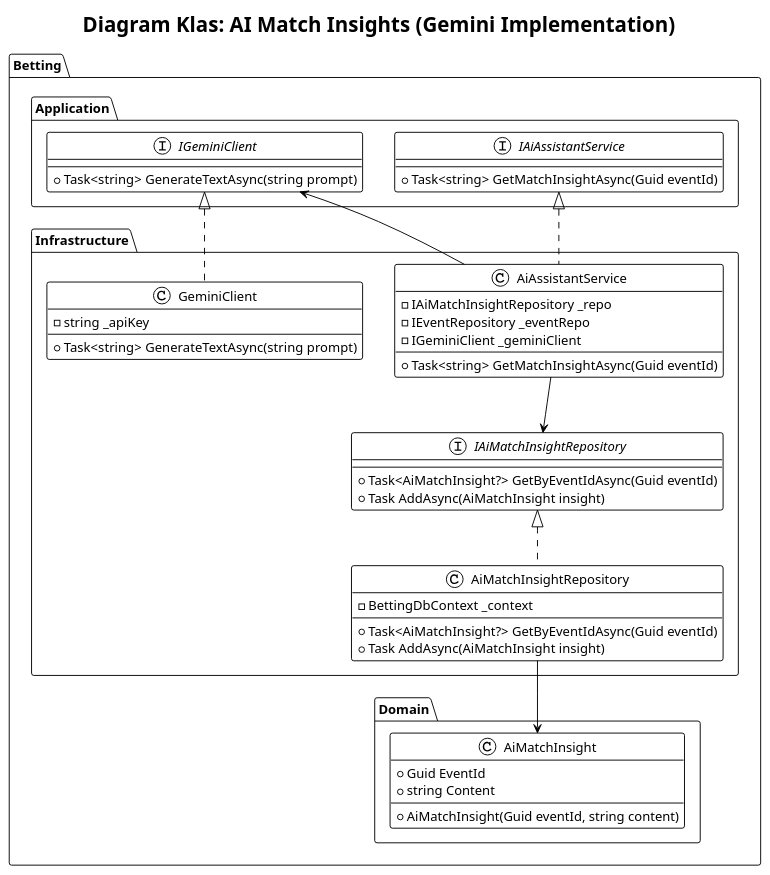
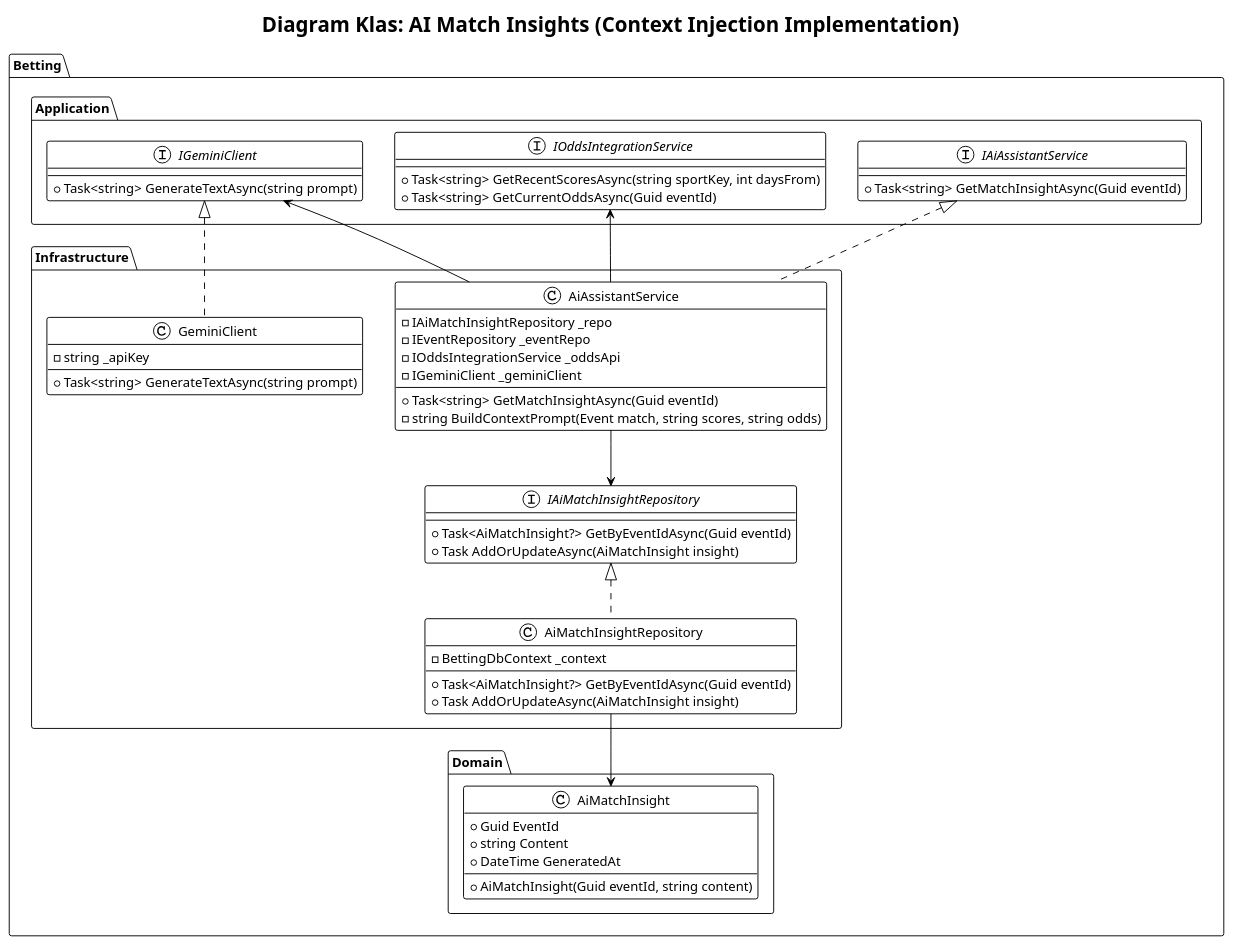
One commit to GrzegorzPolewczak/67Bet changed the diagram in docs/ai_match_insights_classes.puml. Above: the diagram before and after it, drawn with PlantUML. The commit also changed 22 other files, not shown here.

Commit message:
uprawnienie ai match insights próba 1

```diff
--- a/docs/ai_match_insights_classes.puml
+++ b/docs/ai_match_insights_classes.puml
@@ -1,55 +1,64 @@
 @startuml AI_Match_Insights_Classes
 !theme plain
-title Diagram Klas: AI Match Insights (Gemini Implementation)
+title Diagram Klas: AI Match Insights (Context Injection Implementation)
 
 package "Betting.Domain" {
     class AiMatchInsight {
         +Guid EventId
         +string Content
+        +DateTime GeneratedAt
         +AiMatchInsight(Guid eventId, string content)
     }
 }
 
 package "Betting.Application" {
     interface IAiAssistantService {
         +Task<string> GetMatchInsightAsync(Guid eventId)
     }
 
     interface IGeminiClient {
         +Task<string> GenerateTextAsync(string prompt)
     }
+    
+    interface IOddsIntegrationService {
+        +Task<string> GetRecentScoresAsync(string sportKey, int daysFrom)
+        +Task<string> GetCurrentOddsAsync(Guid eventId)
+    }
 }
 
 package "Betting.Infrastructure" {
     interface IAiMatchInsightRepository {
         +Task<AiMatchInsight?> GetByEventIdAsync(Guid eventId)
-        +Task AddAsync(AiMatchInsight insight)
+        +Task AddOrUpdateAsync(AiMatchInsight insight)
     }
 
     class AiAssistantService {
         -IAiMatchInsightRepository _repo
         -IEventRepository _eventRepo
+        -IOddsIntegrationService _oddsApi
         -IGeminiClient _geminiClient
         +Task<string> GetMatchInsightAsync(Guid eventId)
+        -string BuildContextPrompt(Event match, string scores, string odds)
     }
 
     class AiMatchInsightRepository {
         -BettingDbContext _context
         +Task<AiMatchInsight?> GetByEventIdAsync(Guid eventId)
-        +Task AddAsync(AiMatchInsight insight)
+        +Task AddOrUpdateAsync(AiMatchInsight insight)
     }
 
     class GeminiClient {
         -string _apiKey
         +Task<string> GenerateTextAsync(string prompt)
     }
 }
 
 IAiAssistantService <|.. AiAssistantService
 IAiMatchInsightRepository <|.. AiMatchInsightRepository
 IGeminiClient <|.. GeminiClient
 
 AiAssistantService --> IAiMatchInsightRepository
 AiAssistantService --> IGeminiClient
+AiAssistantService --> IOddsIntegrationService
 AiMatchInsightRepository --> AiMatchInsight
 @enduml
```
